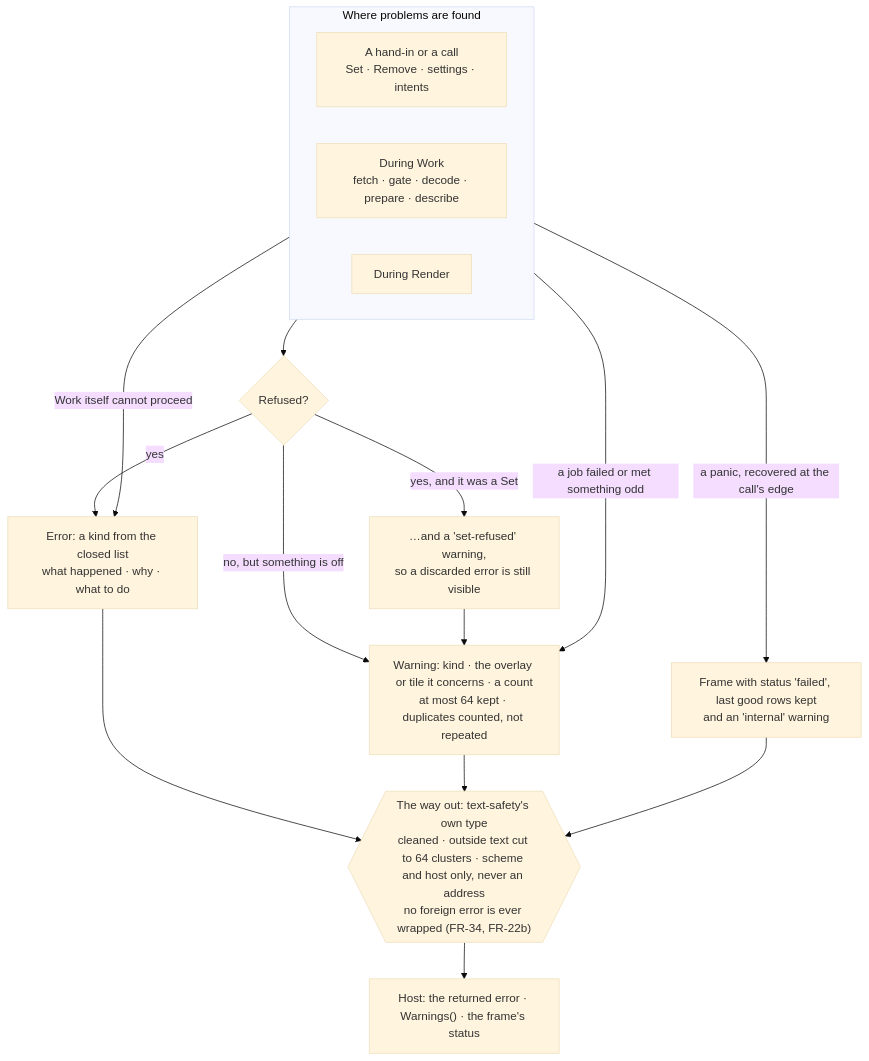
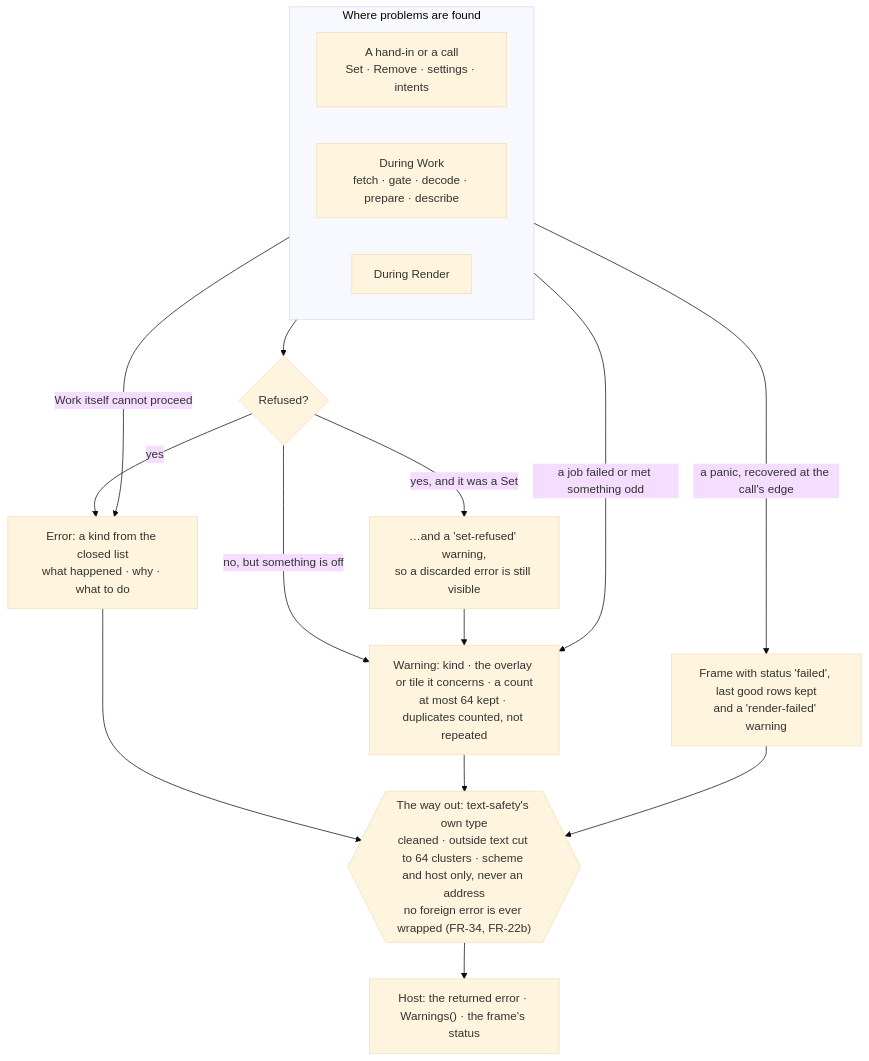
One commit to branden-thompson/go-tuimaps changed the diagram in 06_docs/02_features/go-tuimaps/03-architecture-design/L2-errors.md. Above: the diagram before and after it, drawn with Mermaid (base theme). The commit also changed other lines of this file and 17 other files, not shown here.

````diff
--- a/06_docs/02_features/go-tuimaps/03-architecture-design/L2-errors.md
+++ b/06_docs/02_features/go-tuimaps/03-architecture-design/L2-errors.md
@@ -7,22 +7,22 @@
 ```mermaid
 flowchart TB
     subgraph IN["Where problems are found"]
       direction LR
       H["A hand-in or a call<br/>Set · Remove · settings · intents"]
       W["During Work<br/>fetch · gate · decode · prepare · describe"]
       R["During Render"]
     end
     H --> REF{"Refused?"}
     REF -- yes --> ERR["Error: a kind from the closed list<br/>what happened · why · what to do"]
     REF -- "yes, and it was a Set" --> ALSO["…and a 'set-refused' warning,<br/>so a discarded error is still visible"]
     REF -- "no, but something is off" --> WARN
     W -- "a job failed or met something odd" --> WARN["Warning: kind · the overlay or tile it concerns · a count<br/>at most 64 kept · duplicates counted, not repeated"]
     W -- "Work itself cannot proceed" --> ERR
-    R -- "a panic, recovered at the call's edge" --> FAILF["Frame with status 'failed', last good rows kept<br/>and an 'internal' warning"]
+    R -- "a panic, recovered at the call's edge" --> FAILF["Frame with status 'failed', last good rows kept<br/>and a 'render-failed' warning"]
     ERR --> SAFE
     WARN --> SAFE
     ALSO --> WARN
     FAILF --> SAFE
     SAFE{{"The way out: text-safety's own type<br/>cleaned · outside text cut to 64 clusters · scheme and host only, never an address<br/>no foreign error is ever wrapped (FR-34, FR-22b)"}}
     SAFE --> HOST["Host: the returned error · Warnings() · the frame's status"]
 ```
````
